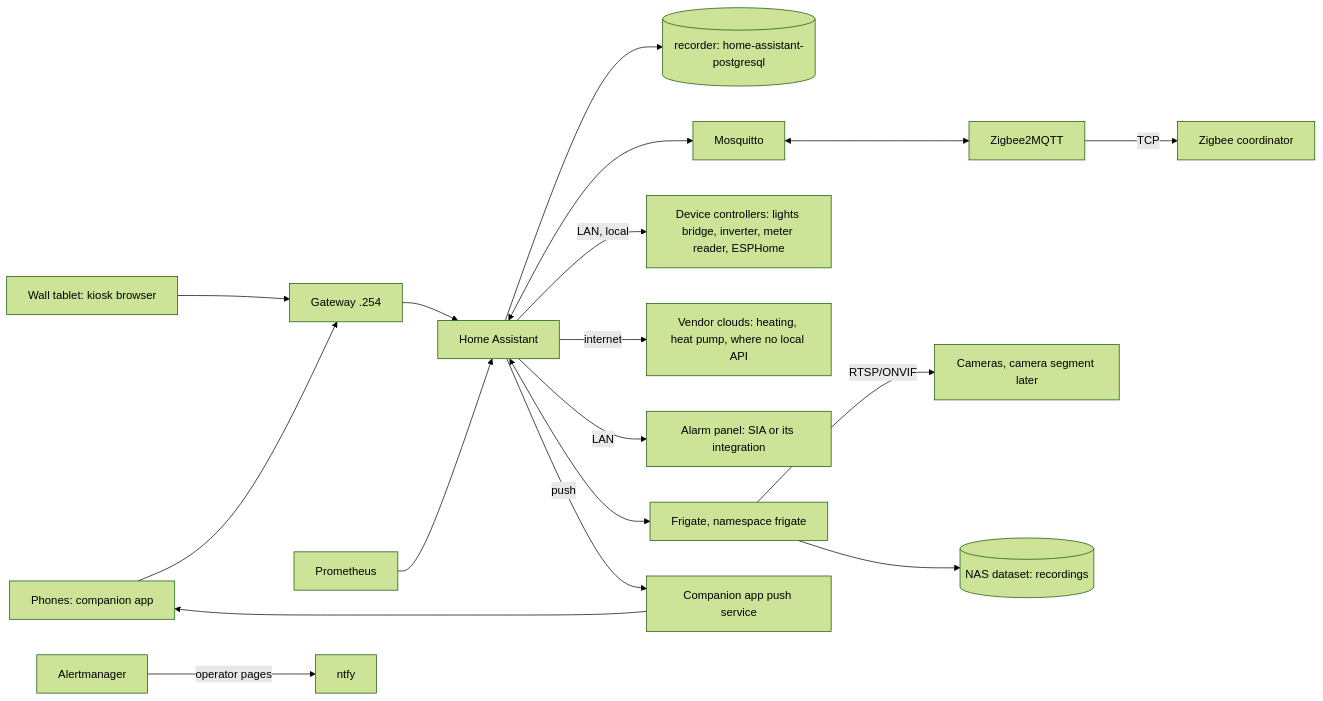
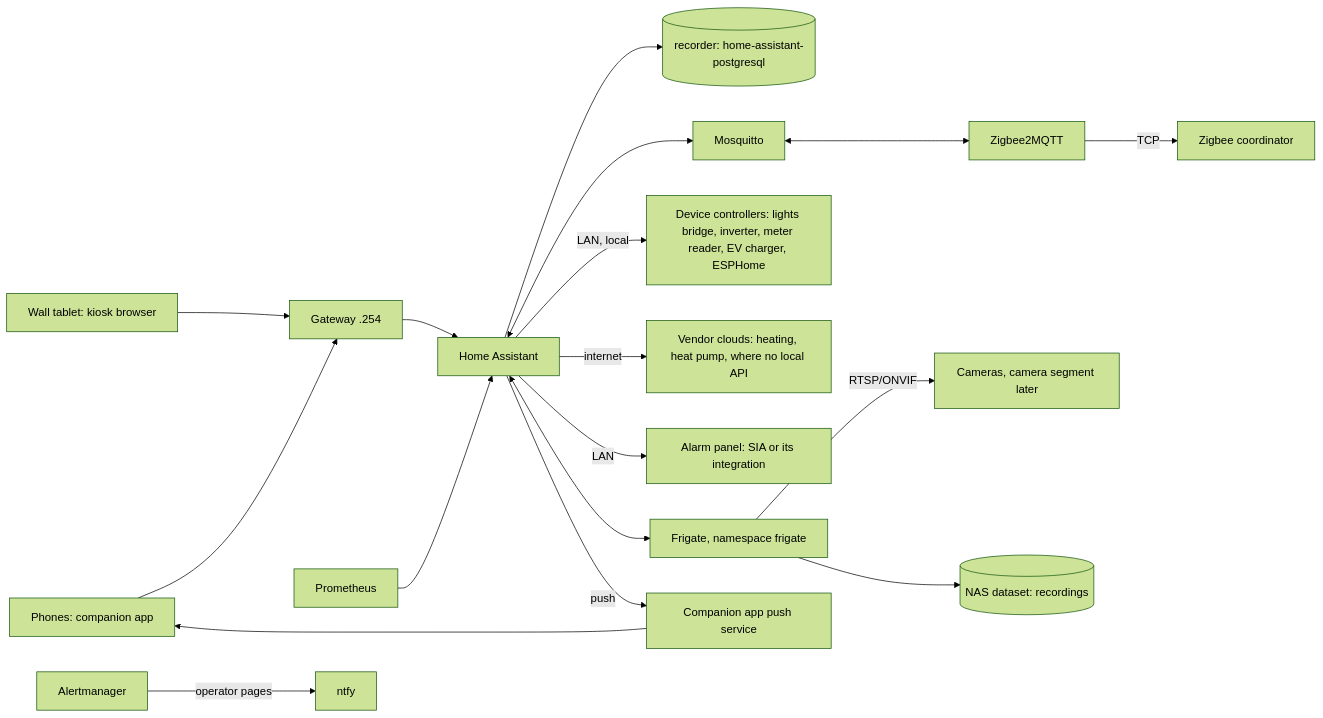
One commit to ned-si/homelab changed the diagram in .kiro/specs/home-automation/design.md. Above: the diagram before and after it, drawn with Mermaid (forest theme). The commit also changed other lines of this file and 2 other files, not shown here.

````diff
--- a/.kiro/specs/home-automation/design.md
+++ b/.kiro/specs/home-automation/design.md
@@ -9,17 +9,17 @@
 ```mermaid
 flowchart LR
   phones[Phones: companion app] --> gw[Gateway .254]
   tablet[Wall tablet: kiosk browser] --> gw
   gw --> ha[Home Assistant]
   ha --> pg[(recorder: home-assistant-postgresql)]
   ha <--> mq[Mosquitto] <--> z2m[Zigbee2MQTT] -- TCP --> coord[Zigbee coordinator]
-  ha -- LAN, local --> ctrl[Device controllers: lights bridge, inverter, meter reader, ESPHome]
+  ha -- LAN, local --> ctrl[Device controllers: lights bridge, inverter, meter reader, EV charger, ESPHome]
   ha -- internet --> cloud[Vendor clouds: heating, heat pump, where no local API]
   ha -- LAN --> alarm[Alarm panel: SIA or its integration]
   ha <--> nvr[Frigate, namespace frigate]
   nvr -- RTSP/ONVIF --> cams[Cameras, camera segment later]
   nvr --> nas[(NAS dataset: recordings)]
   ha -- push --> fcm[Companion app push service] --> phones
   prom[Prometheus] --> ha
   am[Alertmanager] -- operator pages --> ntfy[ntfy]
 ```
````
